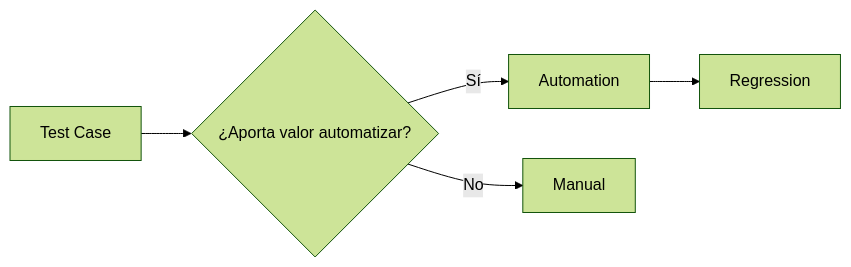
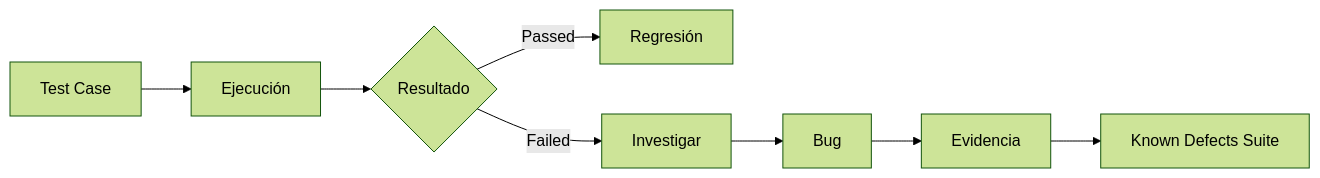
The third of 5 diagrams in docs/test-strategy.md (MichaelR21z/shady-meadows-bnb-automation), drawn with Mermaid (forest theme) before and after one commit. The commit also changed other lines of this file and 1 other file, not shown here.

Commit message:
docs: improve README and add test strategy

````diff
--- a/docs/test-strategy.md
+++ b/docs/test-strategy.md
@@ -114,7 +427,10 @@
 ```mermaid
 flowchart LR
-    A[Test Case] --> B{¿Aporta valor automatizar?}
-    B -->|Sí| C[Automation]
-    B -->|No| D[Manual]
-    C --> E[Regression]
+    A[Test Case] --> B[Ejecución]
+    B --> C{Resultado}
+    C -->|Passed| D[Regresión]
+    C -->|Failed| E[Investigar]
+    E --> F[Bug]
+    F --> G[Evidencia]
+    G --> H[Known Defects Suite]
 ```
````
